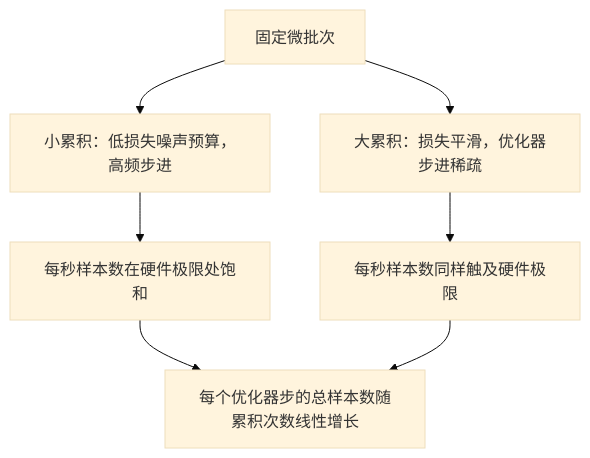
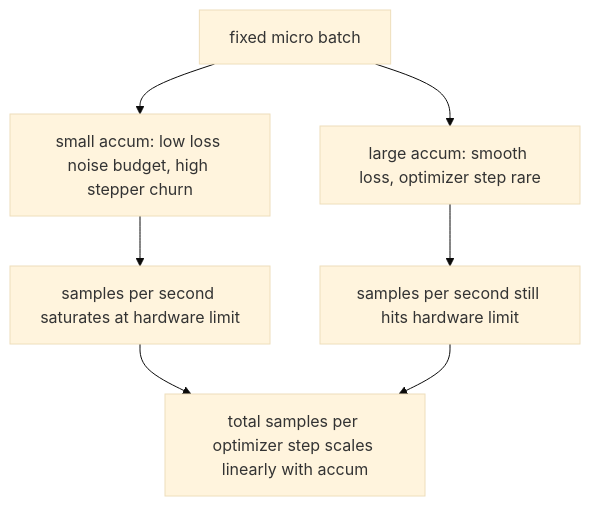
The second of 2 diagrams in i18n/zh/phases/19-capstone-projects/46-gradient-accumulation/docs/zh.md (xiaojiaenen/ai-engineering-from-scratch-zh), drawn with Mermaid (base theme) before and after one commit. The commit also changed other lines of this file and 85 other files, not shown here.

````diff
--- a/i18n/zh/phases/19-capstone-projects/46-gradient-accumulation/docs/zh.md
+++ b/i18n/zh/phases/19-capstone-projects/46-gradient-accumulation/docs/zh.md
@@ -66,9 +66,9 @@
 ```mermaid
 flowchart TD
-  micro[固定微批次] --> small[小累积：低损失噪声预算，高频步进]
-  micro --> large[大累积：损失平滑，优化器步进稀疏]
-  small --> sps1[每秒样本数在硬件极限处饱和]
-  large --> sps2[每秒样本数同样触及硬件极限]
-  sps1 --> note[每个优化器步的总样本数随累积次数线性增长]
+  micro[fixed micro batch] --> small[small accum: low loss noise budget, high stepper churn]
+  micro --> large[large accum: smooth loss, optimizer step rare]
+  small --> sps1[samples per second saturates at hardware limit]
+  large --> sps2[samples per second still hits hardware limit]
+  sps1 --> note[total samples per optimizer step scales linearly with accum]
   sps2 --> note
 ```
````
